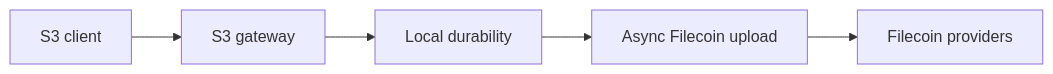
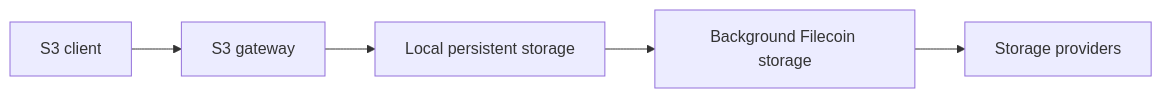
The diagram in docs/en/concepts/architecture.md (strahe/SynapS3), drawn with Mermaid before and after one commit. The commit also changed other lines of this file and 37 other files, not shown here.

````diff
--- a/docs/en/concepts/architecture.md
+++ b/docs/en/concepts/architecture.md
@@ -12,10 +12,10 @@
 ```mermaid
 flowchart LR
   client["S3 client"]
   gateway["S3 gateway"]
-  local["Local durability"]
-  upload["Async Filecoin upload"]
-  providers["Filecoin providers"]
+  local["Local persistent storage"]
+  upload["Background Filecoin storage"]
+  providers["Storage providers"]
 
   client --> gateway --> local --> upload --> providers
 ```
````
